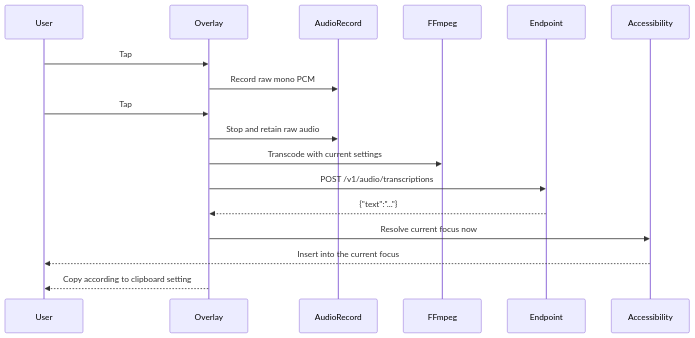
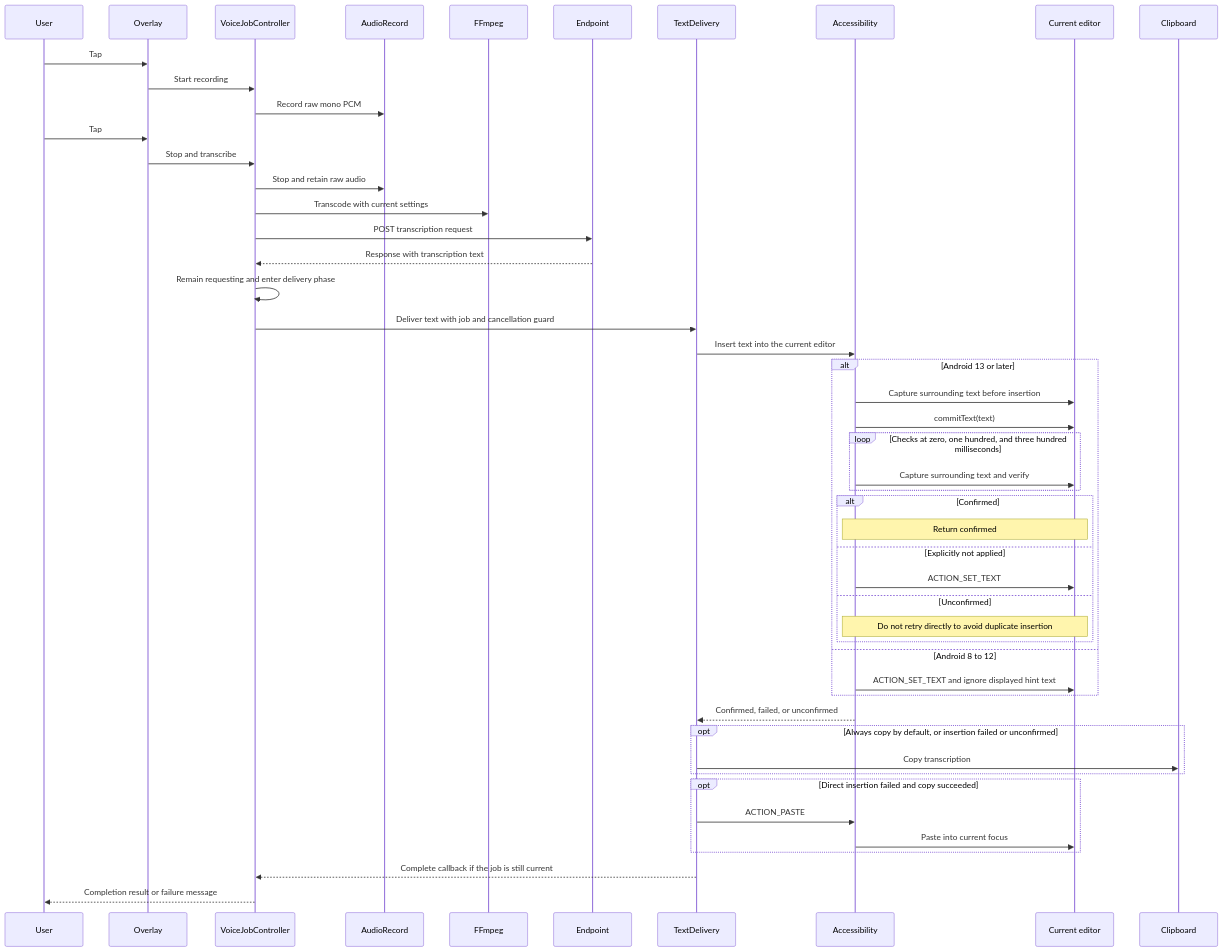
Before and after one commit to Joey-Kot/Dictate: the second of 3 diagrams in README.md, drawn with Mermaid. The commit also changed other lines of this file and 1 other file, not shown here.

````diff
--- a/README.md
+++ b/README.md
@@ -52,19 +61,62 @@
 ```mermaid
 sequenceDiagram
   participant U as User
   participant O as Overlay
+  participant J as VoiceJobController
   participant R as AudioRecord
   participant F as FFmpeg
   participant P as Endpoint
+  participant D as TextDelivery
   participant A as Accessibility
+  participant E as Current editor
+  participant C as Clipboard
+
   U->>O: Tap
-  O->>R: Record raw mono PCM
+  O->>J: Start recording
+  J->>R: Record raw mono PCM
+
   U->>O: Tap
-  O->>R: Stop and retain raw audio
-  O->>F: Transcode with current settings
-  O->>P: POST /v1/audio/transcriptions
-  P-->>O: {"text":"..."}
-  O->>A: Resolve current focus now
-  A-->>U: Insert into the current focus
-  O-->>U: Copy according to clipboard setting
+  O->>J: Stop and transcribe
+  J->>R: Stop and retain raw audio
+  J->>F: Transcode with current settings
+  J->>P: POST transcription request
+  P-->>J: Response with transcription text
+
+  J->>J: Remain requesting and enter delivery phase
+  J->>D: Deliver text with job and cancellation guard
+  D->>A: Insert text into the current editor
+
+  alt Android 13 or later
+    A->>E: Capture surrounding text before insertion
+    A->>E: commitText(text)
+
+    loop Checks at zero, one hundred, and three hundred milliseconds
+      A->>E: Capture surrounding text and verify
+    end
+
+    alt Confirmed
+      Note over A,E: Return confirmed
+    else Explicitly not applied
+      A->>E: ACTION_SET_TEXT
+    else Unconfirmed
+      Note over A,E: Do not retry directly to avoid duplicate insertion
+    end
+
+  else Android 8 to 12
+    A->>E: ACTION_SET_TEXT and ignore displayed hint text
+  end
+
+  A-->>D: Confirmed, failed, or unconfirmed
+
+  opt Always copy by default, or insertion failed or unconfirmed
+    D->>C: Copy transcription
+  end
+
+  opt Direct insertion failed and copy succeeded
+    D->>A: ACTION_PASTE
+    A->>E: Paste into current focus
+  end
+
+  D-->>J: Complete callback if the job is still current
+  J-->>U: Completion result or failure message
 ```
````
